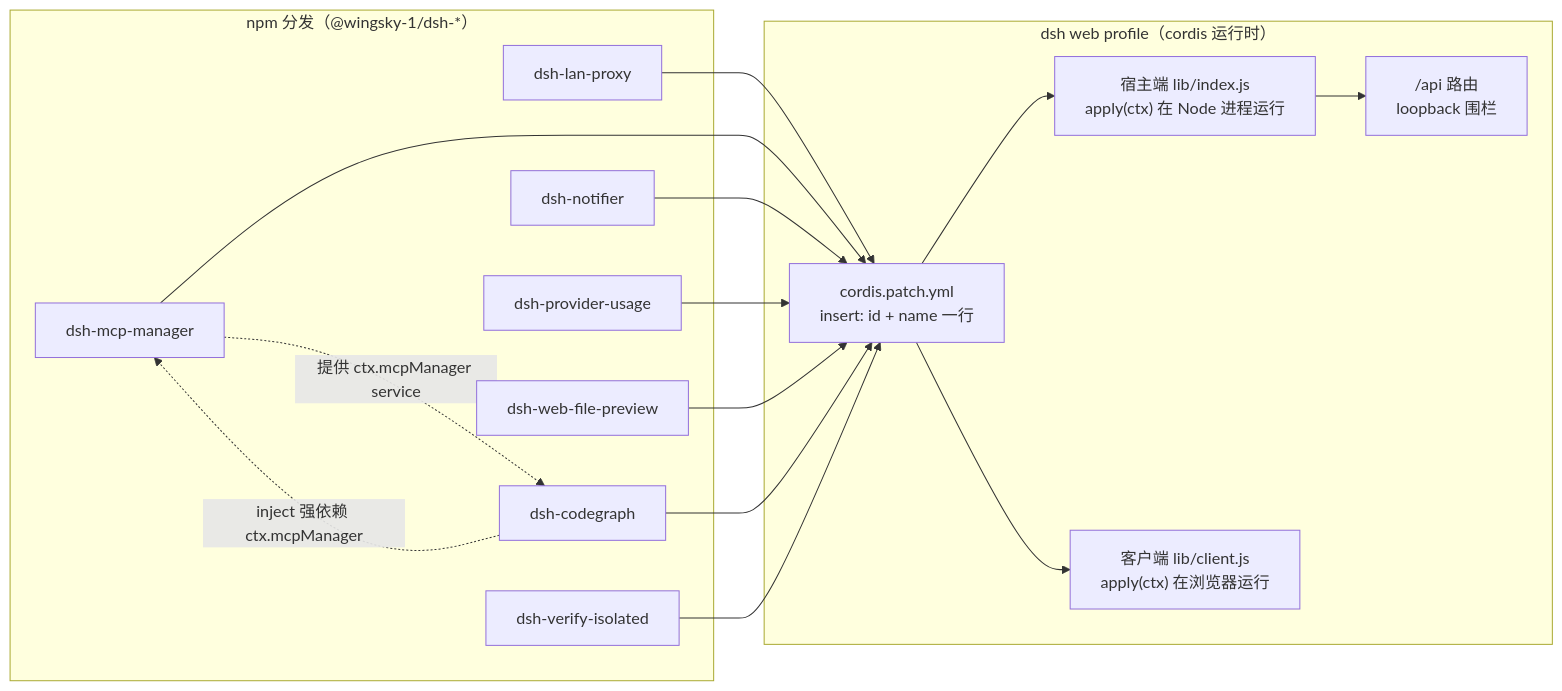
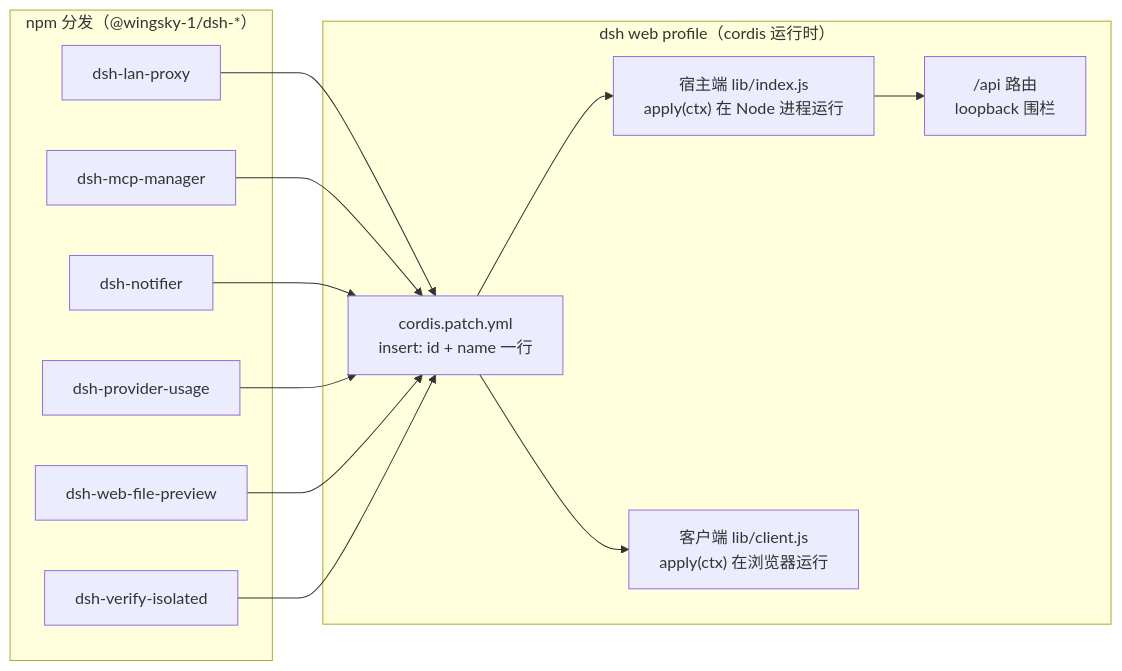
One commit to wingsky-1/dsh-plugin-hub changed the diagram in docs/architecture/README.md. Above: the diagram before and after it, drawn with Mermaid. The commit also changed other lines of this file and 80 other files, not shown here.

First line of the commit message:
chore(retire): 归档废弃 dsh-codegraph 与 dsh-mem0（#691）

````diff
--- a/docs/architecture/README.md
+++ b/docs/architecture/README.md
@@ -33,33 +32,28 @@
 ```mermaid
 flowchart LR
     subgraph npm["npm 分发（@wingsky-1/dsh-*）"]
         P1["dsh-lan-proxy"]
         P2["dsh-mcp-manager"]
         P3["dsh-notifier"]
         P4["dsh-provider-usage"]
         P5["dsh-web-file-preview"]
-        P6["dsh-codegraph"]
-        P7["dsh-verify-isolated"]
+        P6["dsh-verify-isolated"]
     end
 
     subgraph profile["dsh web profile（cordis 运行时）"]
         CORDIS["cordis.patch.yml<br/>insert: id + name 一行"]
         HOST["宿主端 lib/index.js<br/>apply(ctx) 在 Node 进程运行"]
         CLIENT["客户端 lib/client.js<br/>apply(ctx) 在浏览器运行"]
         ROUTES["/api 路由<br/>loopback 围栏"]
         CORDIS --> HOST
         CORDIS --> CLIENT
         HOST --> ROUTES
     end
 
     P1 --> CORDIS
     P2 --> CORDIS
     P3 --> CORDIS
     P4 --> CORDIS
     P5 --> CORDIS
     P6 --> CORDIS
-    P7 --> CORDIS
-
-    P6 -. "inject 强依赖 ctx.mcpManager" .-> P2
-    P2 -. "提供 ctx.mcpManager service" .-> P6
 ```
````
